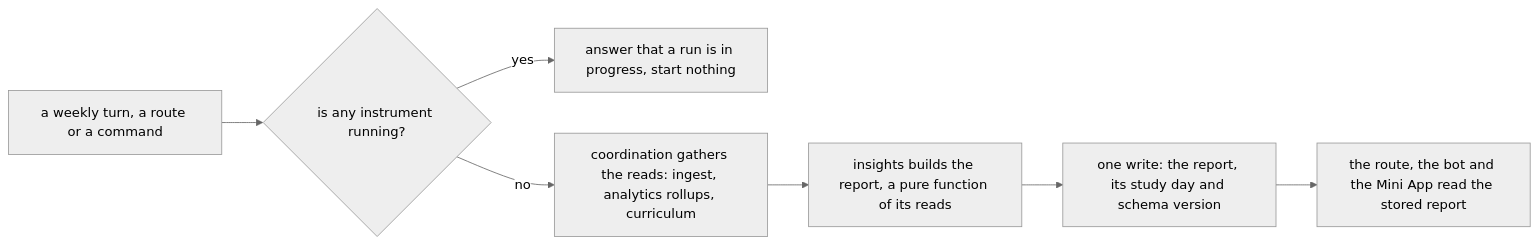
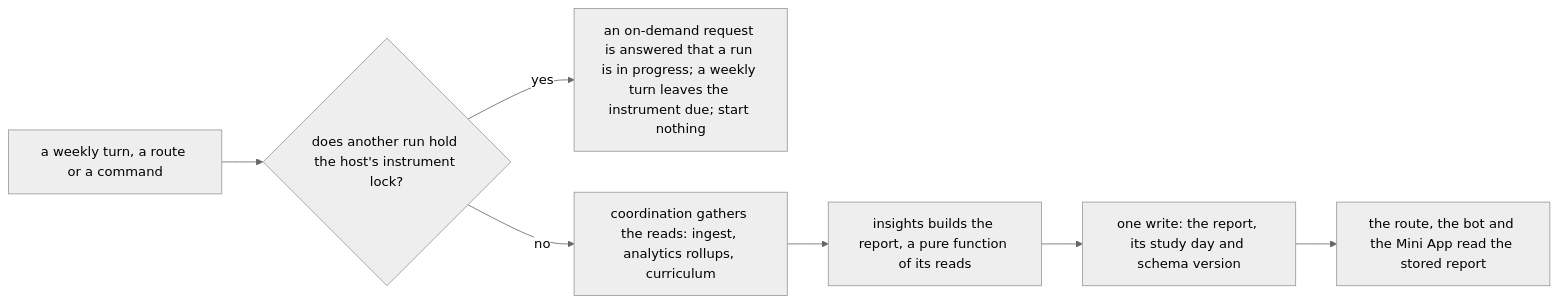
One commit to RexRenatus/deck-streak changed the second of 3 diagrams in docs/schematics/insights-instrument-frame.md. Above: the diagram before and after it, drawn with Mermaid (neutral theme). The commit also changed other lines of this file and 8 other files, not shown here.

Commit message:
docs(w4): attribute skip rows fully, host-wide instrument lock

````diff
--- a/docs/schematics/insights-instrument-frame.md
+++ b/docs/schematics/insights-instrument-frame.md
@@ -32,9 +32,9 @@
 ```mermaid
 flowchart LR
-  ask["a weekly turn, a route or a command"] --> busy{"is any instrument running?"}
-  busy -- "yes" --> refuse["answer that a run is in progress, start nothing"]
+  ask["a weekly turn, a route or a command"] --> busy{"does another run hold the host's instrument lock?"}
+  busy -- "yes" --> refuse["an on-demand request is answered that a run is in progress; a weekly turn leaves the instrument due; start nothing"]
   busy -- "no" --> reads["coordination gathers the reads: ingest, analytics rollups, curriculum"]
   reads --> build["insights builds the report, a pure function of its reads"]
   build --> write["one write: the report, its study day and schema version"]
   write --> serve["the route, the bot and the Mini App read the stored report"]
 ```
````
